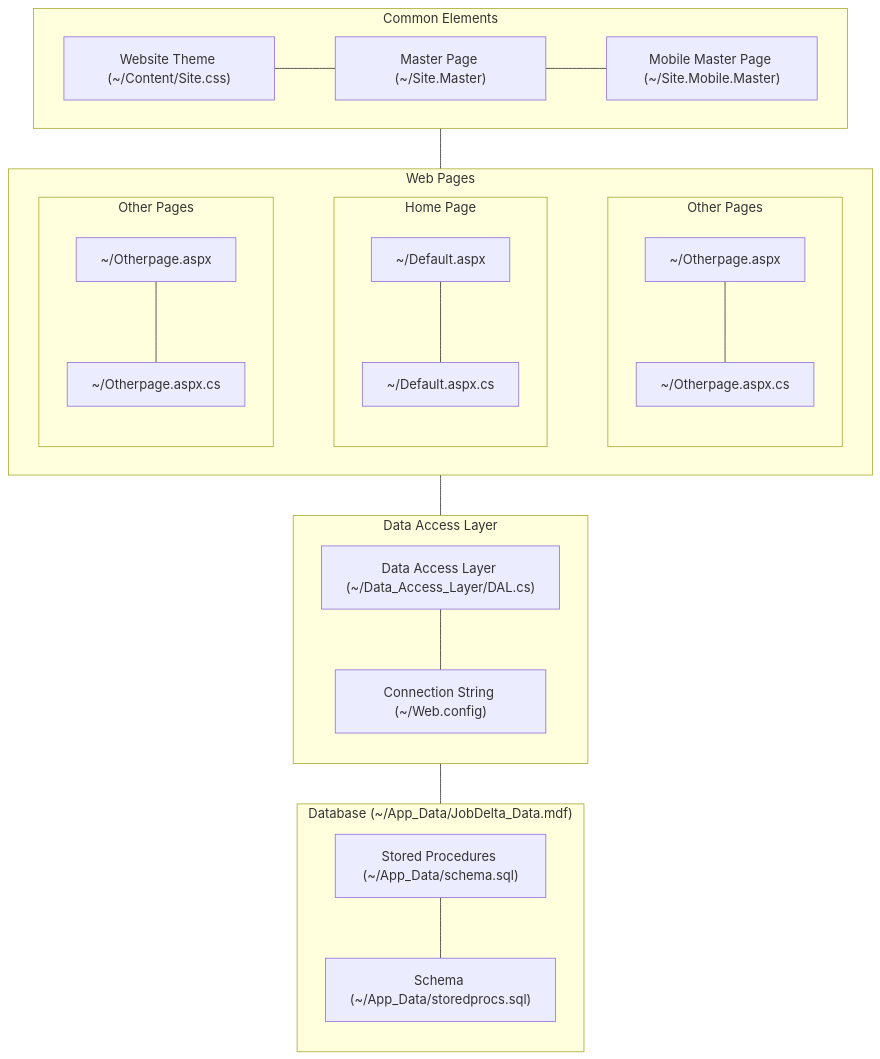
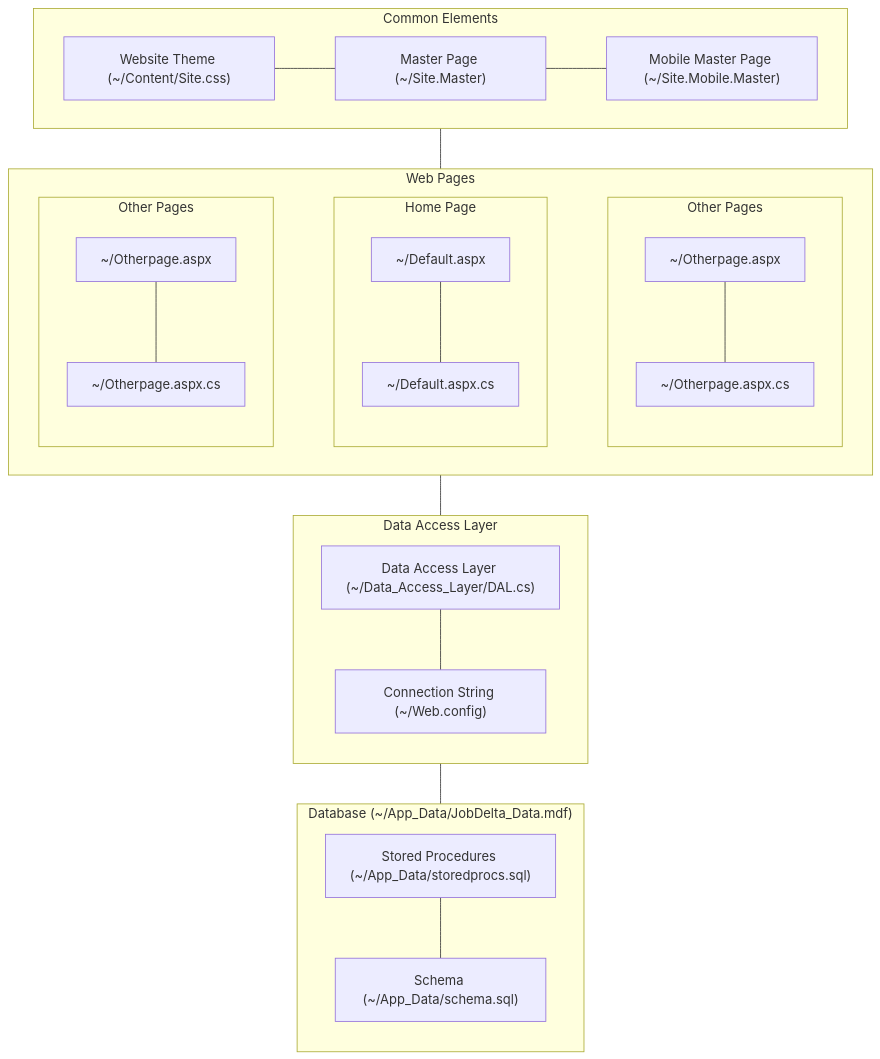
The diagram in README.md (ASD0x41/UNI-PROJ-JobDelta), drawn with Mermaid before and after one commit.

Commit message:
Update README.md
Filename correction in project outline

````diff
--- a/README.md
+++ b/README.md
@@ -16,34 +16,34 @@
 ```mermaid
 flowchart TB
 	subgraph common["Common Elements"]
     direction LR
     theme["Website Theme (~/Content/Site.css)"] --- master["Master Page (~/Site.Master)"] --- master_mobile["Mobile Master Page (~/Site.Mobile.Master)"]
   end
   subgraph webforms["Web Pages"]
     direction LR
     subgraph other1[Other Pages]
       direction TB
       other1front["~/Otherpage.aspx"] --- other1back["~/Otherpage.aspx.cs"]
     end
     subgraph homepage[Home Page]
       direction TB
       homepagefront["~/Default.aspx"] --- homepageback["~/Default.aspx.cs"]
     end
     subgraph other2[Other Pages]
       direction TB
       other2front["~/Otherpage.aspx"] --- other2back["~/Otherpage.aspx.cs"]
     end
     other1 ~~~ homepage ~~~ other2
   end
   common --- webforms
   subgraph data_access["Data Access Layer"]
     direction TB
     DAL["Data Access Layer (~/Data_Access_Layer/DAL.cs)"] --- con_string["Connection String (~/Web.config)"]
   end
   webforms --- data_access
   subgraph db["Database (~/App_Data/JobDelta_Data.mdf)"]
     direction TB
-      stored_procs["Stored Procedures (~/App_Data/schema.sql)"] --- schema["Schema (~/App_Data/storedprocs.sql)"]
+      stored_procs["Stored Procedures (~/App_Data/storedprocs.sql)"] --- schema["Schema (~/App_Data/schema.sql)"]
   end
   data_access --- db
  ```
````
